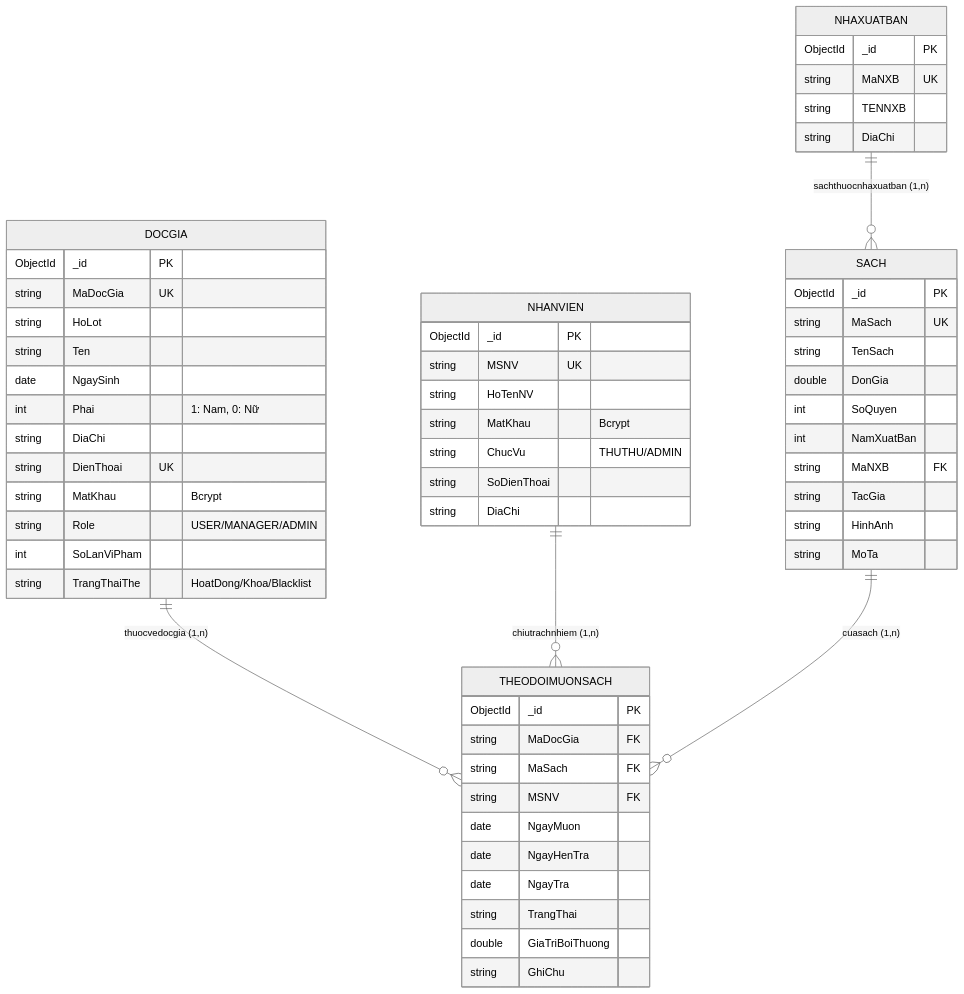
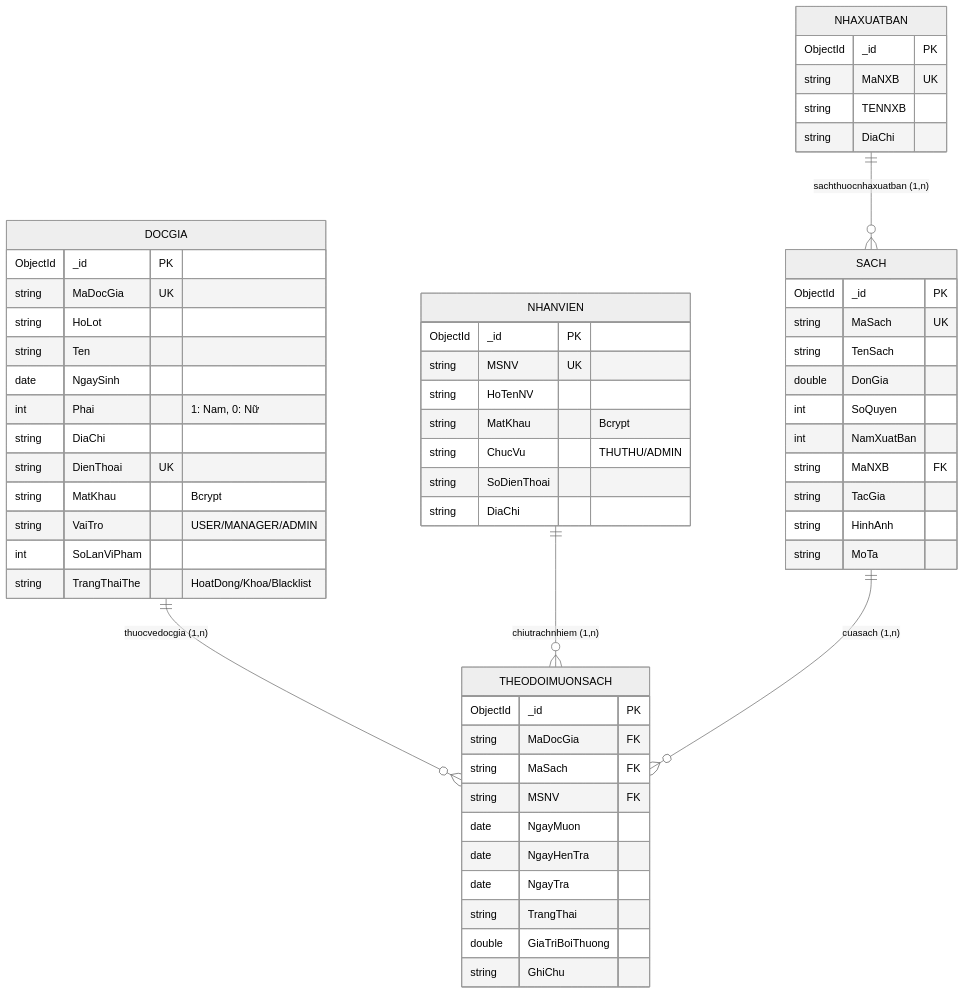
The diagram in docs/02_DATABASE.md (TranAnhVu2005/B2306603_Tran_Anh_Vu_Manage_Book_At_Library), drawn with Mermaid (neutral theme) before and after one commit. The commit also changed other lines of this file and 36 other files, not shown here.

````diff
--- a/docs/02_DATABASE.md
+++ b/docs/02_DATABASE.md
@@ -126,65 +126,65 @@
 ```mermaid
 erDiagram
     DOCGIA ||--o{ THEODOIMUONSACH : "thuocvedocgia (1,n)"
     NHANVIEN ||--o{ THEODOIMUONSACH : "chiutrachnhiem (1,n)"
     SACH ||--o{ THEODOIMUONSACH : "cuasach (1,n)"
     NHAXUATBAN ||--o{ SACH : "sachthuocnhaxuatban (1,n)"
 
     DOCGIA {
         ObjectId _id PK
         string MaDocGia UK
         string HoLot
         string Ten
         date NgaySinh
         int Phai "1: Nam, 0: Nữ"
         string DiaChi
         string DienThoai UK
         string MatKhau "Bcrypt"
-        string Role "USER/MANAGER/ADMIN"
+        string VaiTro "USER/MANAGER/ADMIN"
         int SoLanViPham
         string TrangThaiThe "HoatDong/Khoa/Blacklist"
     }
 
     NHANVIEN {
         ObjectId _id PK
         string MSNV UK
         string HoTenNV
         string MatKhau "Bcrypt"
         string ChucVu "THUTHU/ADMIN"
         string SoDienThoai
         string DiaChi
     }
 
     SACH {
         ObjectId _id PK
         string MaSach UK
         string TenSach
         double DonGia
         int SoQuyen
         int NamXuatBan
         string MaNXB FK
         string TacGia
         string HinhAnh
         string MoTa
     }
 
     NHAXUATBAN {
         ObjectId _id PK
         string MaNXB UK
         string TENNXB
         string DiaChi
     }
 
     THEODOIMUONSACH {
         ObjectId _id PK
         string MaDocGia FK
         string MaSach FK
         string MSNV FK
         date NgayMuon
         date NgayHenTra
         date NgayTra
         string TrangThai
         double GiaTriBoiThuong
         string GhiChu
     }
 ```
````
